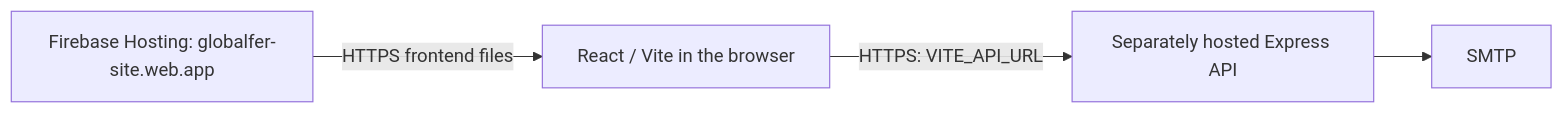
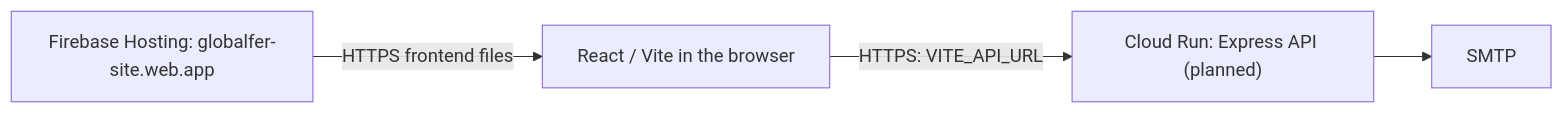
One commit to fernandoh88/globalfer-site changed the diagram in README.md. Above: the diagram before and after it, drawn with Mermaid. The commit also changed other lines of this file and 8 other files, not shown here.

Commit message:
chore(deploy): prepare Express backend for Cloud Run

````diff
--- a/README.md
+++ b/README.md
@@ -108,6 +110,6 @@
 ```mermaid
 flowchart LR
   Hosting["Firebase Hosting: globalfer-site.web.app"] -->|HTTPS frontend files| Browser["React / Vite in the browser"]
-  Browser -->|HTTPS: VITE_API_URL| API["Separately hosted Express API"]
+  Browser -->|HTTPS: VITE_API_URL| API["Cloud Run: Express API (planned)"]
   API --> SMTP
 ```
````
